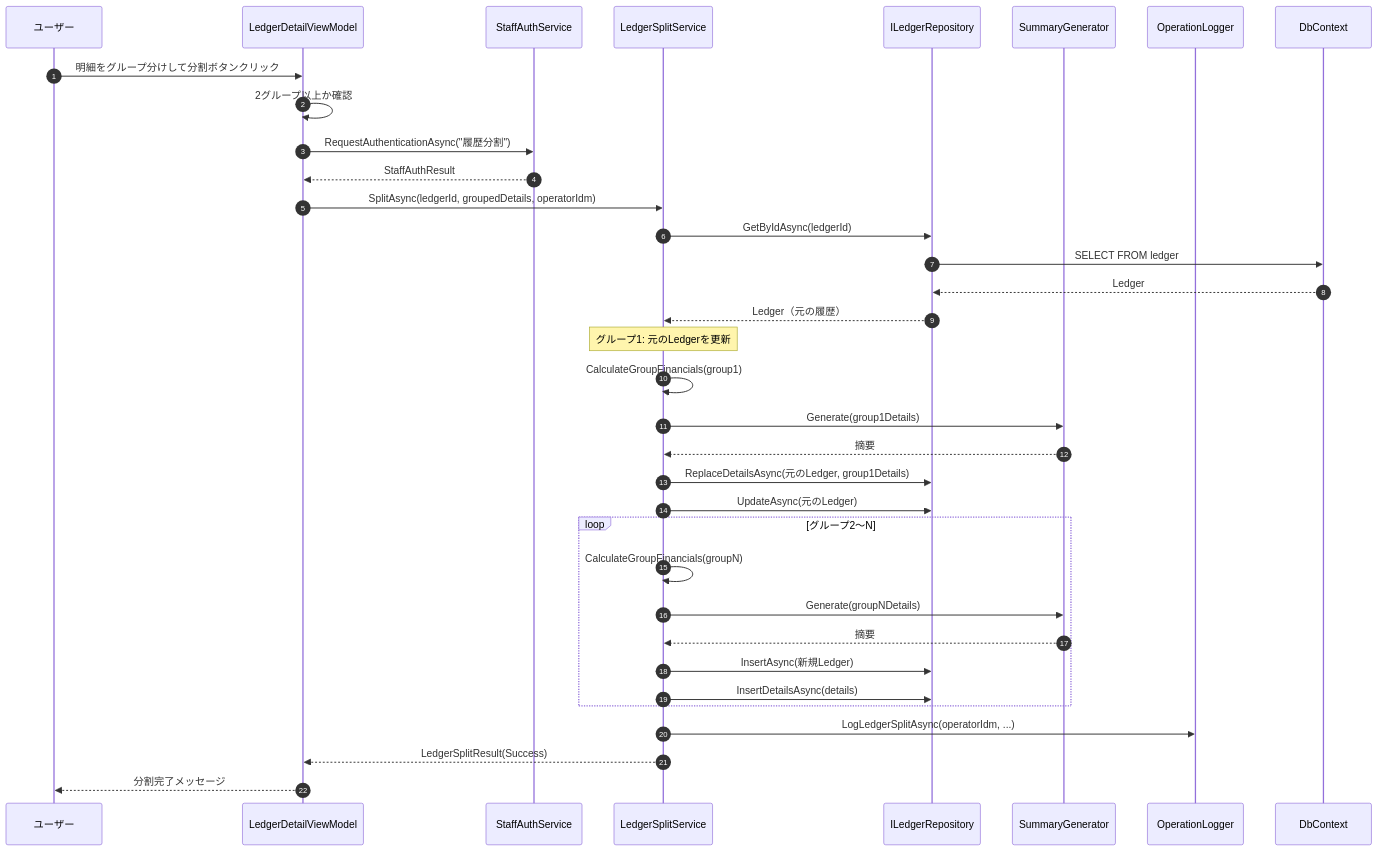
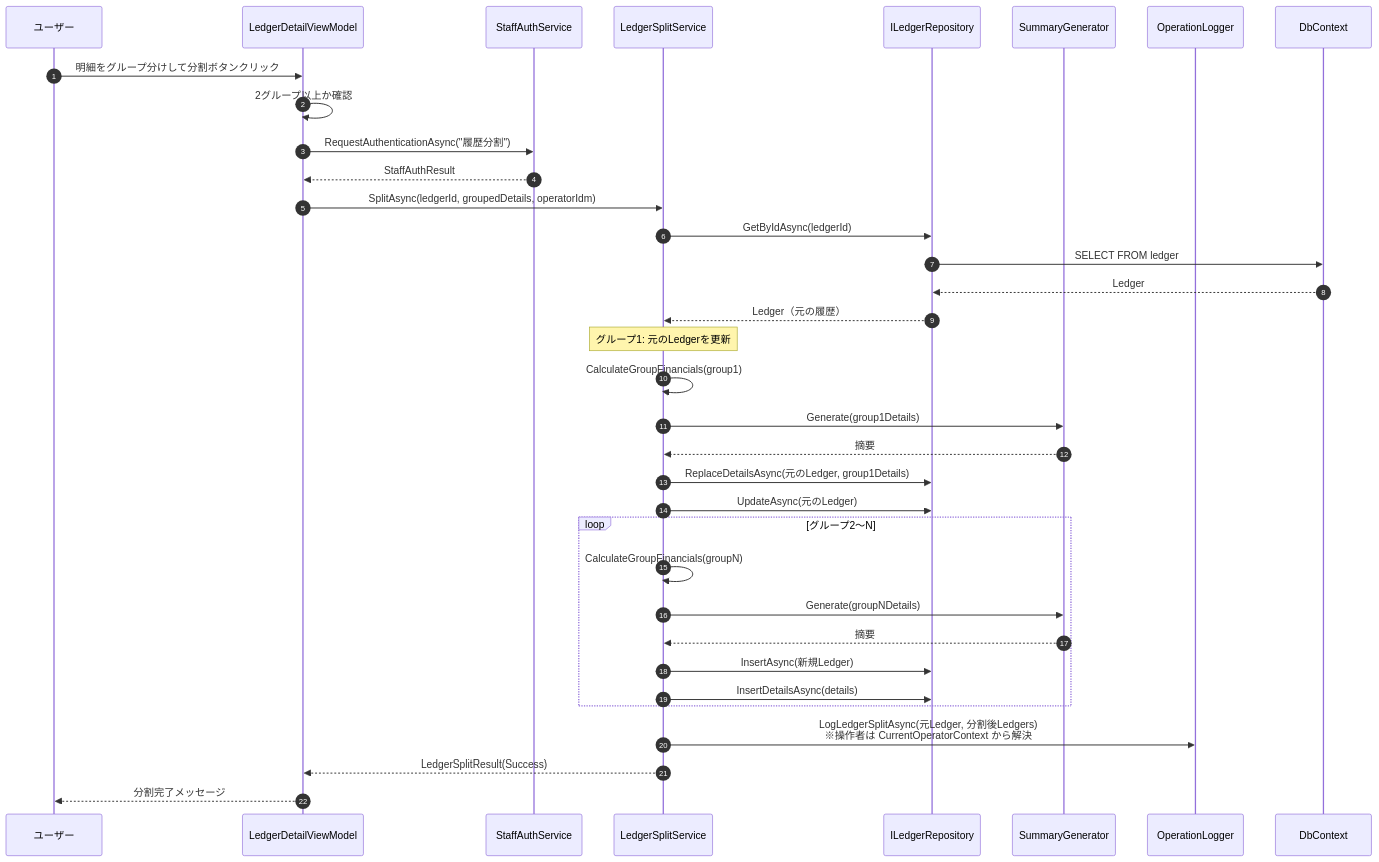
Before and after one commit to kuwayamamasayuki/ICCardManager: the tenth of 15 diagrams in ICCardManager/docs/design/06_シーケンス図.md, drawn with Mermaid. The commit also changed 7 other files, not shown here.

````diff
--- a/ICCardManager/docs/design/06_シーケンス図.md
+++ b/ICCardManager/docs/design/06_シーケンス図.md
@@ -599,46 +599,46 @@
 ```mermaid
 sequenceDiagram
     autonumber
     participant User as ユーザー
     participant VM as LedgerDetailViewModel
     participant Auth as StaffAuthService
     participant SS as LedgerSplitService
     participant LR as ILedgerRepository
     participant SG as SummaryGenerator
     participant OL as OperationLogger
     participant DB as DbContext
 
     User->>VM: 明細をグループ分けして分割ボタンクリック
 
     VM->>VM: 2グループ以上か確認
 
     VM->>Auth: RequestAuthenticationAsync("履歴分割")
     Auth-->>VM: StaffAuthResult
 
     VM->>SS: SplitAsync(ledgerId, groupedDetails, operatorIdm)
 
     SS->>LR: GetByIdAsync(ledgerId)
     LR->>DB: SELECT FROM ledger
     DB-->>LR: Ledger
     LR-->>SS: Ledger（元の履歴）
 
     Note over SS: グループ1: 元のLedgerを更新
     SS->>SS: CalculateGroupFinancials(group1)
     SS->>SG: Generate(group1Details)
     SG-->>SS: 摘要
     SS->>LR: ReplaceDetailsAsync(元のLedger, group1Details)
     SS->>LR: UpdateAsync(元のLedger)
 
     loop グループ2〜N
         SS->>SS: CalculateGroupFinancials(groupN)
         SS->>SG: Generate(groupNDetails)
         SG-->>SS: 摘要
         SS->>LR: InsertAsync(新規Ledger)
         SS->>LR: InsertDetailsAsync(details)
     end
 
-    SS->>OL: LogLedgerSplitAsync(operatorIdm, ...)
+    SS->>OL: LogLedgerSplitAsync(元Ledger, 分割後Ledgers)<br/>※操作者は CurrentOperatorContext から解決
 
     SS-->>VM: LedgerSplitResult(Success)
     VM-->>User: 分割完了メッセージ
 ```
````
